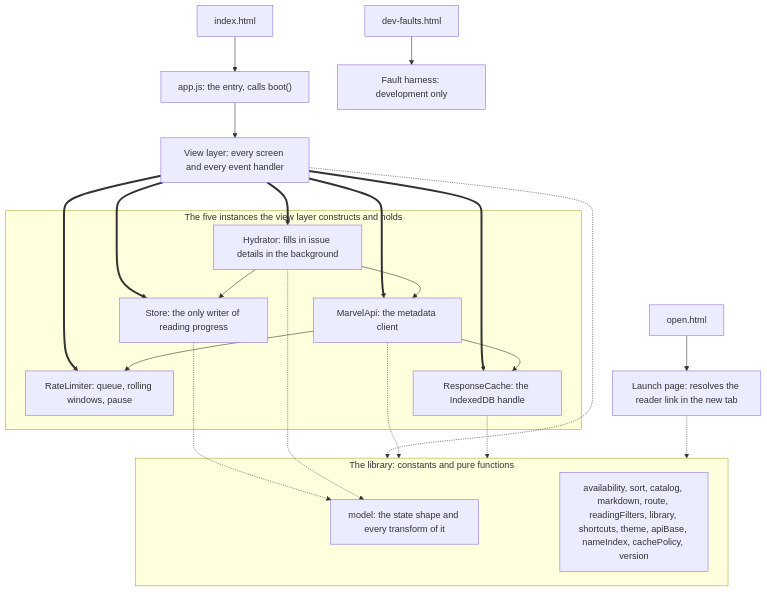
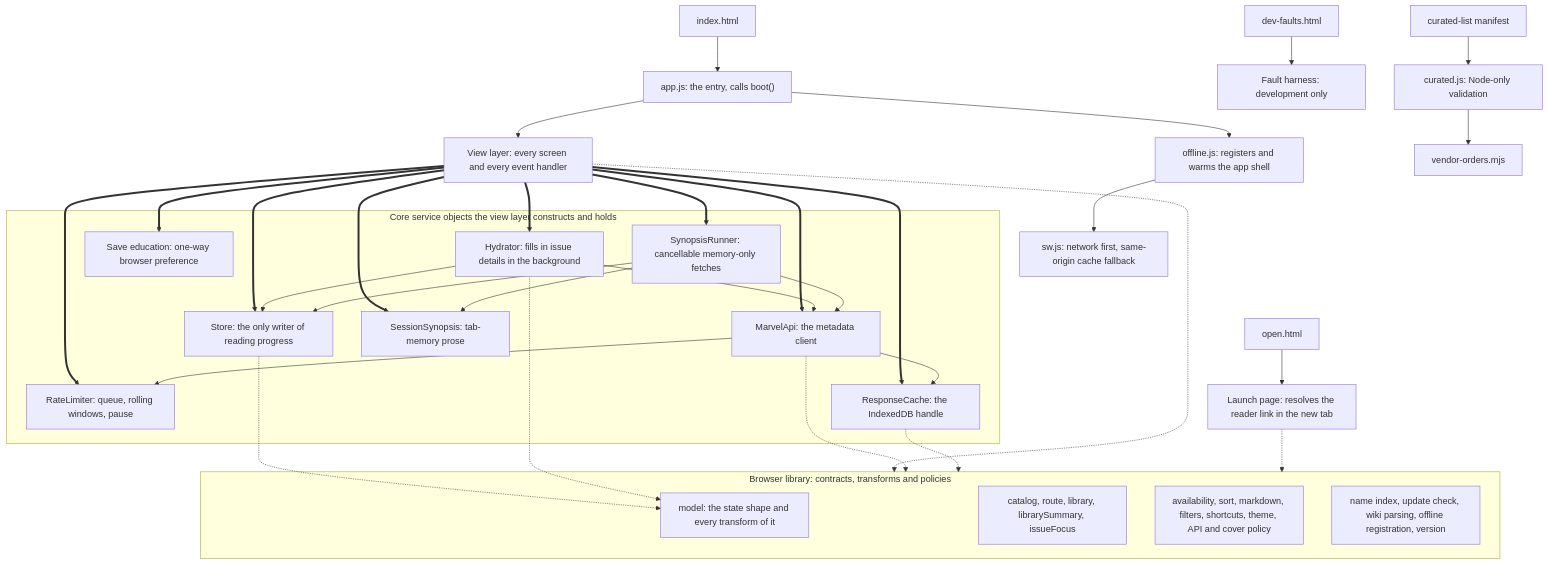
One commit to raymond-nassar/recap-page changed the first of 5 diagrams in docs/ARCHITECTURE.md. Above: the diagram before and after it, drawn with Mermaid. The commit also changed other lines of this file and 24 other files, not shown here.

````diff
--- a/docs/ARCHITECTURE.md
+++ b/docs/ARCHITECTURE.md
@@ -43,38 +42,54 @@
 ```mermaid
 flowchart TD
   idx["index.html"] --> app["app.js: the entry, calls boot()"]
   app --> view["View layer: every screen and every event handler"]
+  app --> offline["offline.js: registers and warms the app shell"]
+  offline --> worker["sw.js: network first, same-origin cache fallback"]
   opn["open.html"] --> launch["Launch page: resolves the reader link in the new tab"]
   dev["dev-faults.html"] --> harness["Fault harness: development only"]
 
-  subgraph owned["The five instances the view layer constructs and holds"]
+  subgraph owned["Core service objects the view layer constructs and holds"]
     store["Store: the only writer of reading progress"]
     limiter["RateLimiter: queue, rolling windows, pause"]
     cache["ResponseCache: the IndexedDB handle"]
     api["MarvelApi: the metadata client"]
     hydrator["Hydrator: fills in issue details in the background"]
+    education["Save education: one-way browser preference"]
+    synopses["SessionSynopsis: tab-memory prose"]
+    synopsisRunner["SynopsisRunner: cancellable memory-only fetches"]
   end
 
   view ==> store
   view ==> limiter
   view ==> cache
   view ==> api
   view ==> hydrator
+  view ==> education
+  view ==> synopses
+  view ==> synopsisRunner
 
   api --> limiter
   api --> cache
   hydrator --> api
   hydrator --> store
+  synopsisRunner --> api
+  synopsisRunner --> store
+  synopsisRunner --> synopses
 
-  subgraph lib["The library: constants and pure functions"]
+  subgraph lib["Browser library: contracts, transforms and policies"]
     model["model: the state shape and every transform of it"]
-    rest["availability, sort, catalog, markdown, route, readingFilters, library, shortcuts, theme, apiBase, nameIndex, cachePolicy, version"]
+    discovery["catalog, route, library, librarySummary, issueFocus"]
+    policy["availability, sort, markdown, filters, shortcuts, theme, API and cover policy"]
+    integrations["name index, update check, wiki parsing, offline registration, version"]
   end
 
   view -.-> lib
   store -.-> model
   hydrator -.-> model
   api -.-> lib
   cache -.-> lib
   launch -.-> lib
+
+  manifest["curated-list manifest"] --> curated["curated.js: Node-only validation"]
+  curated --> vendor["vendor-orders.mjs"]
 ```
````
